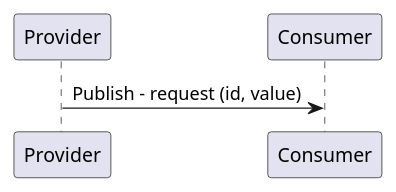
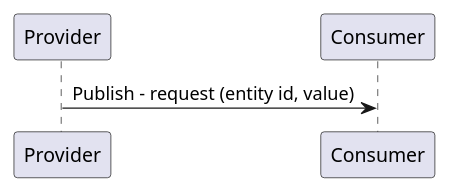
Before and after one commit to eclipse-ibeji/ibeji: the diagram in docs/design/diagrams/publish_sequence.puml, drawn with PlantUML. The commit also changed 71 other files, not shown here.

```diff
--- a/docs/design/diagrams/publish_sequence.puml
+++ b/docs/design/diagrams/publish_sequence.puml
@@ -1,8 +1,8 @@
 @startuml
 
 participant "Provider"
 participant "Consumer"
 
-"Provider" -> "Consumer" : Publish - request (id, value)
+"Provider" -> "Consumer" : Publish - request (entity id, value)
 
 @enduml
```
